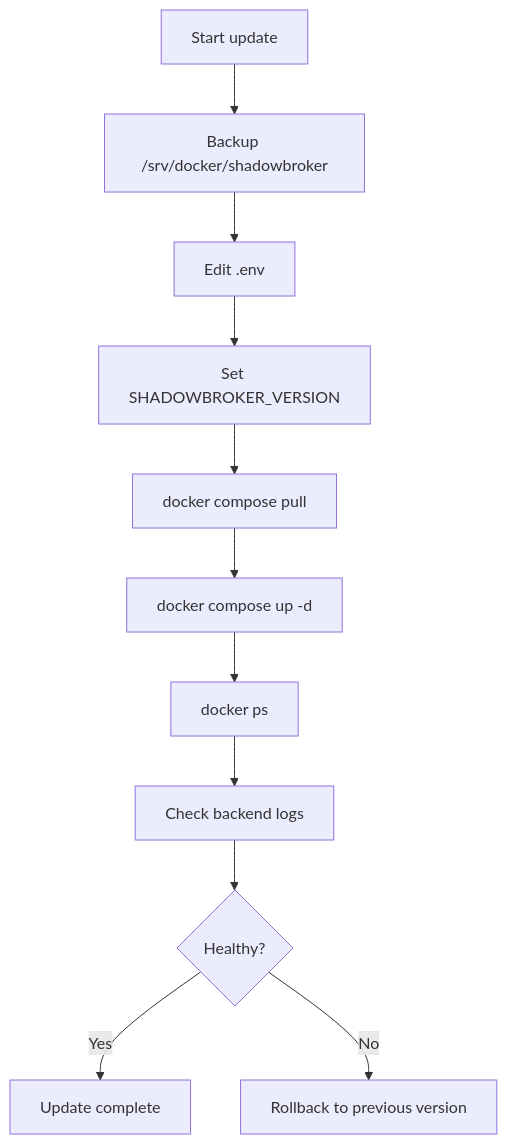
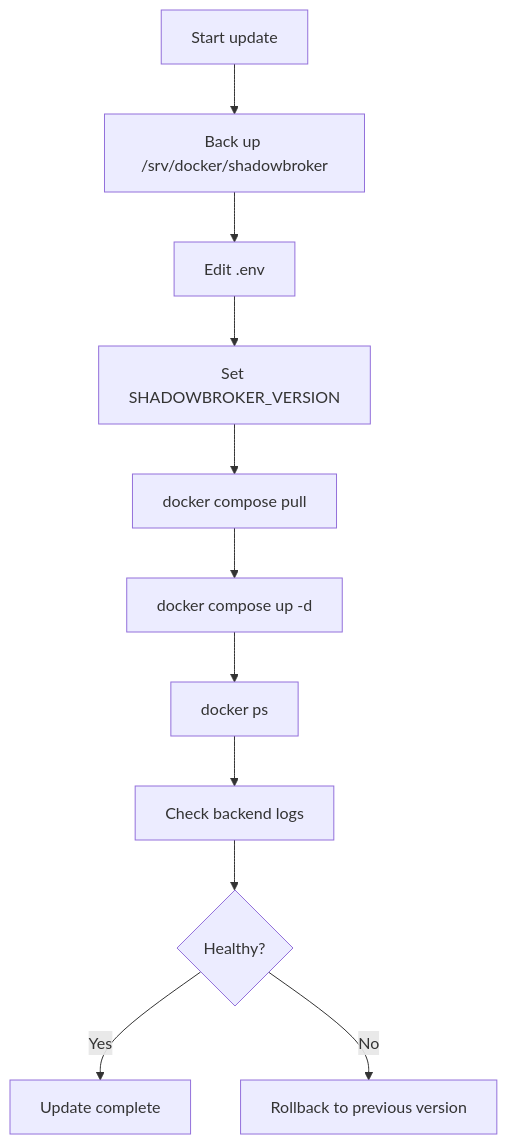
Before and after one commit to pirocorp/Ubuntu-Media-Server-Homelab-Setup-Guide: the sixth of 16 diagrams in ShadowBroker_Complete_Documentation_Runbook.md, drawn with Mermaid. The commit also changed other lines of this file, not shown here.

````diff
--- a/ShadowBroker_Complete_Documentation_Runbook.md
+++ b/ShadowBroker_Complete_Documentation_Runbook.md
@@ -438,13 +438,13 @@
 ```mermaid
 flowchart TD
-    A[Start update] --> B[Backup /srv/docker/shadowbroker]
-    B --> C[Edit .env]
-    C --> D[Set SHADOWBROKER_VERSION]
-    D --> E[docker compose pull]
-    E --> F[docker compose up -d]
-    F --> G[docker ps]
-    G --> H[Check backend logs]
-    H --> I{Healthy?}
-    I -->|Yes| J[Update complete]
-    I -->|No| K[Rollback to previous version]
+    A["Start update"] --> B["Back up /srv/docker/shadowbroker"]
+    B --> C["Edit .env"]
+    C --> D["Set SHADOWBROKER_VERSION"]
+    D --> E["docker compose pull"]
+    E --> F["docker compose up -d"]
+    F --> G["docker ps"]
+    G --> H["Check backend logs"]
+    H --> I{"Healthy?"}
+    I -->|Yes| J["Update complete"]
+    I -->|No| K["Rollback to previous version"]
 ```
````
